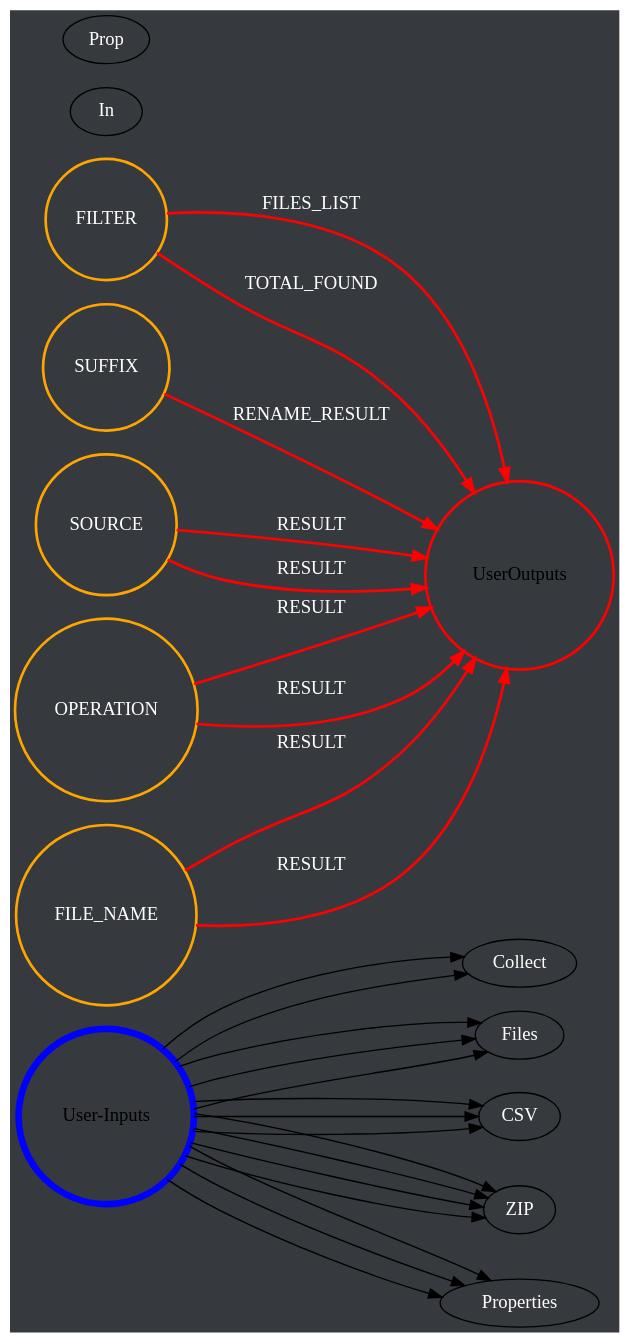
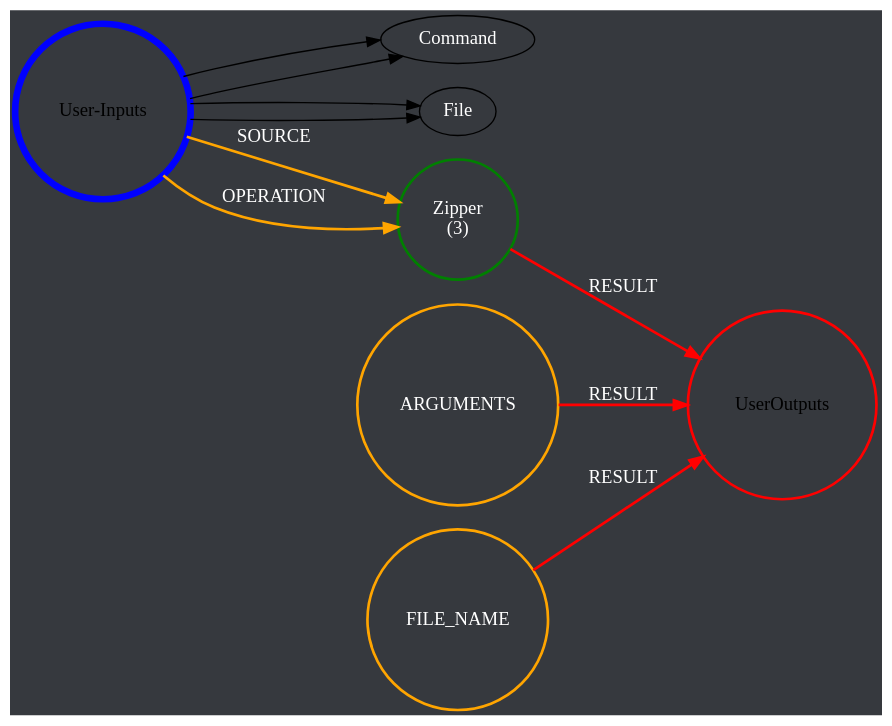
Before and after one commit to Asaf-prog/stepper: the diagram in appContent/flow.dot, drawn with Graphviz. The commit also changed 18 other files, not shown here.

```diff
--- a/appContent/flow.dot
+++ b/appContent/flow.dot
@@ -1,42 +1,22 @@
 digraph FlowDiagram {
   rankdir=LR;
   size="400,400";
    bgcolor="#36393e";
   user_inputs [label="User-Inputs", shape=circle, color=blue, penwidth=5 ];
   user_outputs [label="User-Outputs", shape=circle, color=red, penwidth=5 ];
   node [fontcolor=white];
   edge [fontcolor=white];
-  Collect Files In Folder [label="Collect Files In Folder\n(1)", shape=circle, color=green, penwidth=2 ];
-  Files Renamer [label="Files Renamer\n(2)", shape=circle, color=green, penwidth=2 ];
-  CSV Exporter [label="CSV Exporter\n(3)", shape=circle, color=green, penwidth=2 ];
-  CSV File Dumper [label="CSV File Dumper\n(4)", shape=circle, color=green, penwidth=2 ];
-  ZIP CSV File [label="ZIP CSV File\n(5)", shape=circle, color=green, penwidth=2 ];
-  Properties Exporter [label="Properties Exporter\n(6)", shape=circle, color=green, penwidth=2 ];
-  Properties File Dumper [label="Properties File Dumper\n(7)", shape=circle, color=green, penwidth=2 ];
-  ZIP Prop File [label="ZIP Prop File\n(8)", shape=circle, color=green, penwidth=2 ];
-  user_inputs -> Collect Files In Folder [label="FOLDER_NAME", color=orange, penwidth=2 ];
-  user_inputs -> Collect Files In Folder [label="FILTER", color=orange, penwidth=2 ];
-  Collect Files In Folder -> user_outputs [label="FILES_LIST", color=red, penwidth=2 ];
-  Collect Files In Folder -> user_outputs [label="TOTAL_FOUND", color=red, penwidth=2 ];
-  user_inputs -> Files Renamer [label="FILES_TO_RENAME", color=orange, penwidth=2 ];
-  user_inputs -> Files Renamer [label="PREFIX", color=orange, penwidth=2 ];
-  user_inputs -> Files Renamer [label="SUFFIX", color=orange, penwidth=2 ];
-  Files Renamer -> user_outputs [label="RENAME_RESULT", color=red, penwidth=2 ];
-  user_inputs -> CSV Exporter [label="SOURCE", color=orange, penwidth=2 ];
-  CSV Exporter -> user_outputs [label="RESULT", color=red, penwidth=2 ];
-  user_inputs -> CSV File Dumper [label="CONTENT", color=orange, penwidth=2 ];
-  user_inputs -> CSV File Dumper [label="FILE_NAME", color=orange, penwidth=2 ];
-  CSV File Dumper -> user_outputs [label="RESULT", color=red, penwidth=2 ];
-  user_inputs -> ZIP CSV File [label="SOURCE", color=orange, penwidth=2 ];
-  user_inputs -> ZIP CSV File [label="OPERATION", color=orange, penwidth=2 ];
-  ZIP CSV File -> user_outputs [label="RESULT", color=red, penwidth=2 ];
-  user_inputs -> Properties Exporter [label="SOURCE", color=orange, penwidth=2 ];
-  Properties Exporter -> user_outputs [label="RESULT", color=red, penwidth=2 ];
-  user_inputs -> Properties File Dumper [label="CONTENT", color=orange, penwidth=2 ];
-  user_inputs -> Properties File Dumper [label="FILE_NAME", color=orange, penwidth=2 ];
-  Properties File Dumper -> user_outputs [label="RESULT", color=red, penwidth=2 ];
-  user_inputs -> ZIP Prop File [label="SOURCE", color=orange, penwidth=2 ];
-  user_inputs -> ZIP Prop File [label="OPERATION", color=orange, penwidth=2 ];
-  ZIP Prop File -> user_outputs [label="RESULT", color=red, penwidth=2 ];
+  Command Line [label="Command Line\n(1)", shape=circle, color=green, penwidth=2 ];
+  File Dumper [label="File Dumper\n(2)", shape=circle, color=green, penwidth=2 ];
+  Zipper [label="Zipper\n(3)", shape=circle, color=green, penwidth=2 ];
+  user_inputs -> Command Line [label="COMMAND", color=orange, penwidth=2 ];
+  user_inputs -> Command Line [label="ARGUMENTS", color=orange, penwidth=2 ];
+  Command Line -> user_outputs [label="RESULT", color=red, penwidth=2 ];
+  user_inputs -> File Dumper [label="CONTENT", color=orange, penwidth=2 ];
+  user_inputs -> File Dumper [label="FILE_NAME", color=orange, penwidth=2 ];
+  File Dumper -> user_outputs [label="RESULT", color=red, penwidth=2 ];
+  user_inputs -> Zipper [label="SOURCE", color=orange, penwidth=2 ];
+  user_inputs -> Zipper [label="OPERATION", color=orange, penwidth=2 ];
+  Zipper -> user_outputs [label="RESULT", color=red, penwidth=2 ];
   user_outputs [label="UserOutputs", shape=circle, color=red , penwidth=2 ];
 }
```
